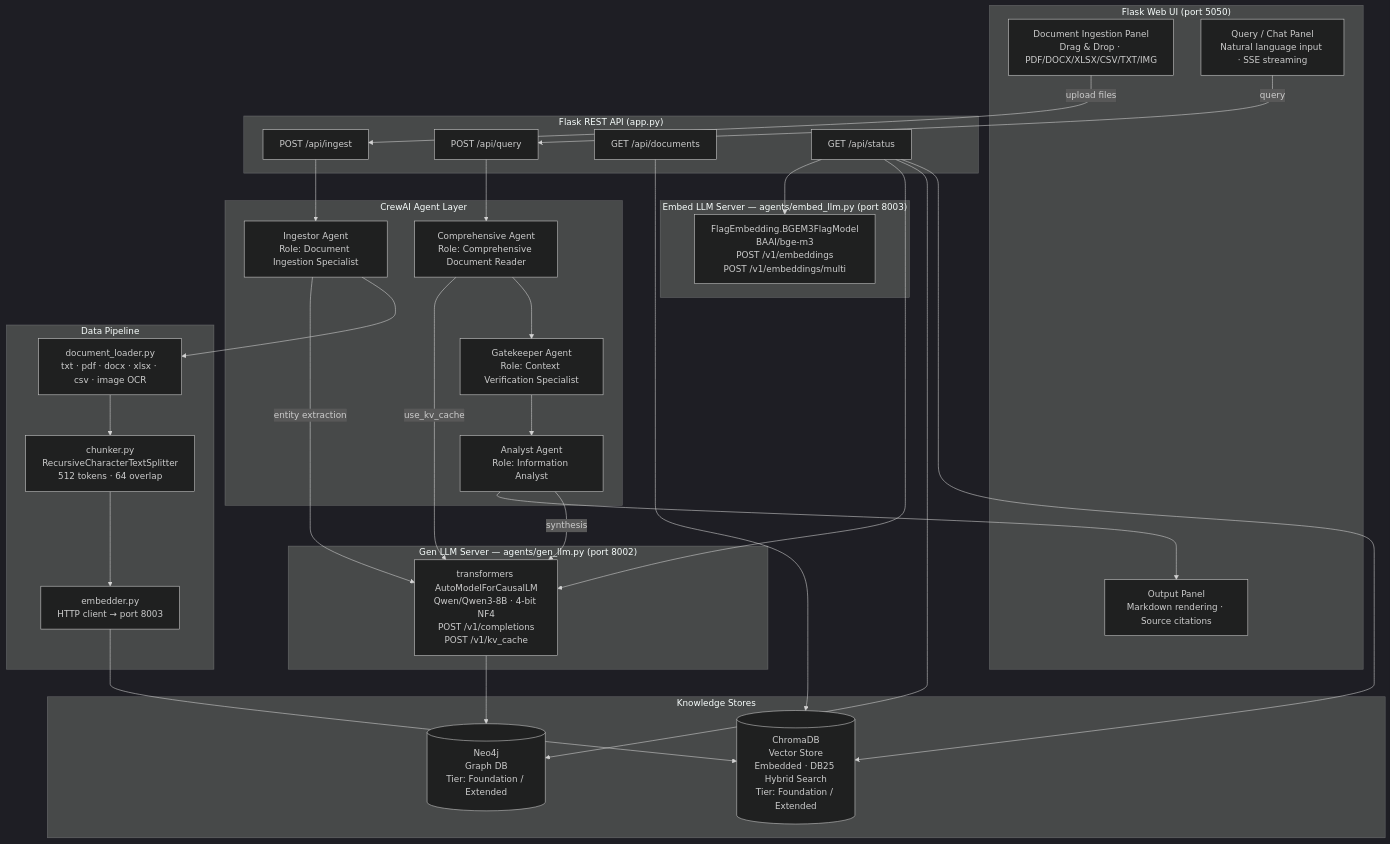
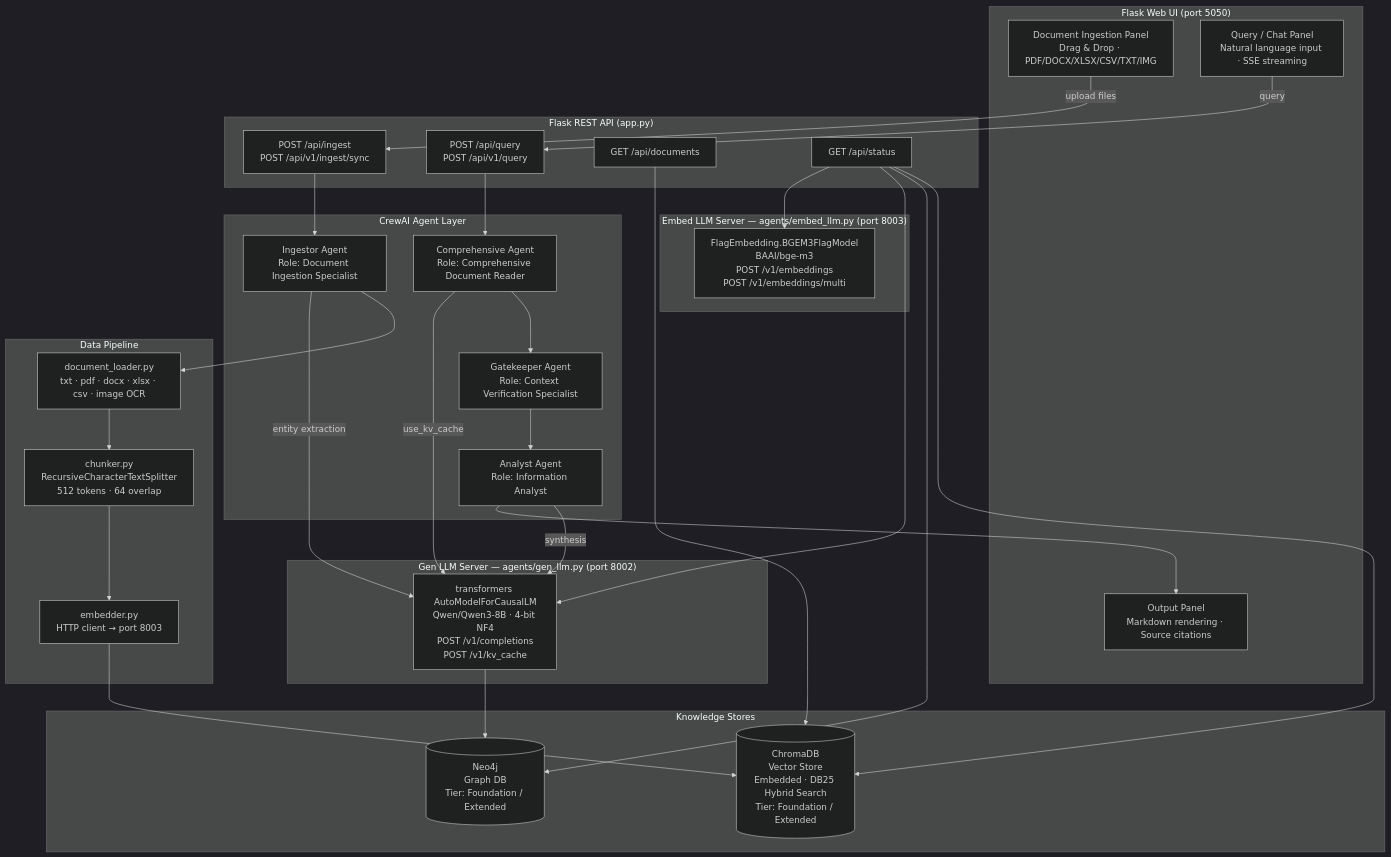
One commit to Sam-max1/healthexpert changed the first of 3 diagrams in HEALTHEXPERT_ARCHITECTURE_DESIGN.md. Above: the diagram before and after it, drawn with Mermaid (dark theme). The commit also changed other lines of this file and 25 other files, not shown here.

````diff
--- a/HEALTHEXPERT_ARCHITECTURE_DESIGN.md
+++ b/HEALTHEXPERT_ARCHITECTURE_DESIGN.md
@@ -9,53 +9,53 @@
 ```mermaid
 graph TB
     subgraph UI["Flask Web UI (port 5050)"]
         A[Document Ingestion Panel\nDrag & Drop · PDF/DOCX/XLSX/CSV/TXT/IMG]
         B[Query / Chat Panel\nNatural language input · SSE streaming]
         C[Output Panel\nMarkdown rendering · Source citations]
     end
 
     subgraph Backend["Flask REST API (app.py)"]
-        D[POST /api/ingest]
-        E[POST /api/query]
+        D[POST /api/ingest\nPOST /api/v1/ingest/sync]
+        E[POST /api/query\nPOST /api/v1/query]
         F[GET  /api/documents]
         G[GET  /api/status]
     end
 
     subgraph Agents["CrewAI Agent Layer"]
         H[Ingestor Agent\nRole: Document Ingestion Specialist]
         I[Comprehensive Agent\nRole: Comprehensive Document Reader]
         J[Gatekeeper Agent\nRole: Context Verification Specialist]
         K[Analyst Agent\nRole: Information Analyst]
     end
 
     subgraph Pipeline["Data Pipeline"]
         L[document_loader.py\ntxt · pdf · docx · xlsx · csv · image OCR]
         M[chunker.py\nRecursiveCharacterTextSplitter\n512 tokens · 64 overlap]
         N[embedder.py\nHTTP client → port 8003]
     end
 
     subgraph Stores["Knowledge Stores"]
         O[(ChromaDB\nVector Store\nEmbedded · DB25 Hybrid Search\nTier: Foundation / Extended)]
         P[(Neo4j\nGraph DB\nTier: Foundation / Extended)]
     end
 
     subgraph GenLLM["Gen LLM Server — agents/gen_llm.py (port 8002)"]
         Q[transformers AutoModelForCausalLM\nQwen/Qwen3-8B · 4-bit NF4\nPOST /v1/completions\nPOST /v1/kv_cache]
     end
 
     subgraph EmbedLLM["Embed LLM Server — agents/embed_llm.py (port 8003)"]
         R[FlagEmbedding.BGEM3FlagModel\nBAAI/bge-m3\nPOST /v1/embeddings\nPOST /v1/embeddings/multi]
     end
 
     A -->|upload files| D
     B -->|query| E
     D --> H
     E --> I --> J --> K
     H --> L --> M --> N --> O
     H -->|entity extraction| Q --> P
     I -->|use_kv_cache| Q
     K -->|synthesis| Q
     K --> C
     F --> O
     G --> O & P & Q & R
 ```
````
